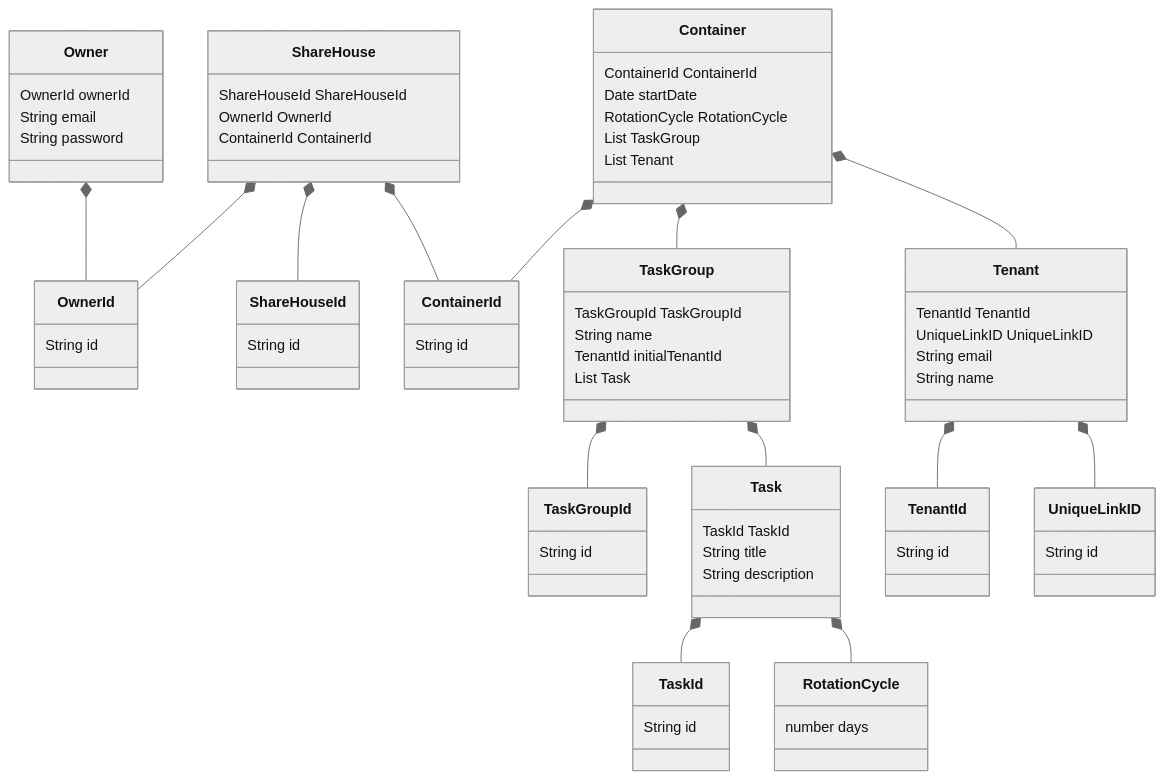
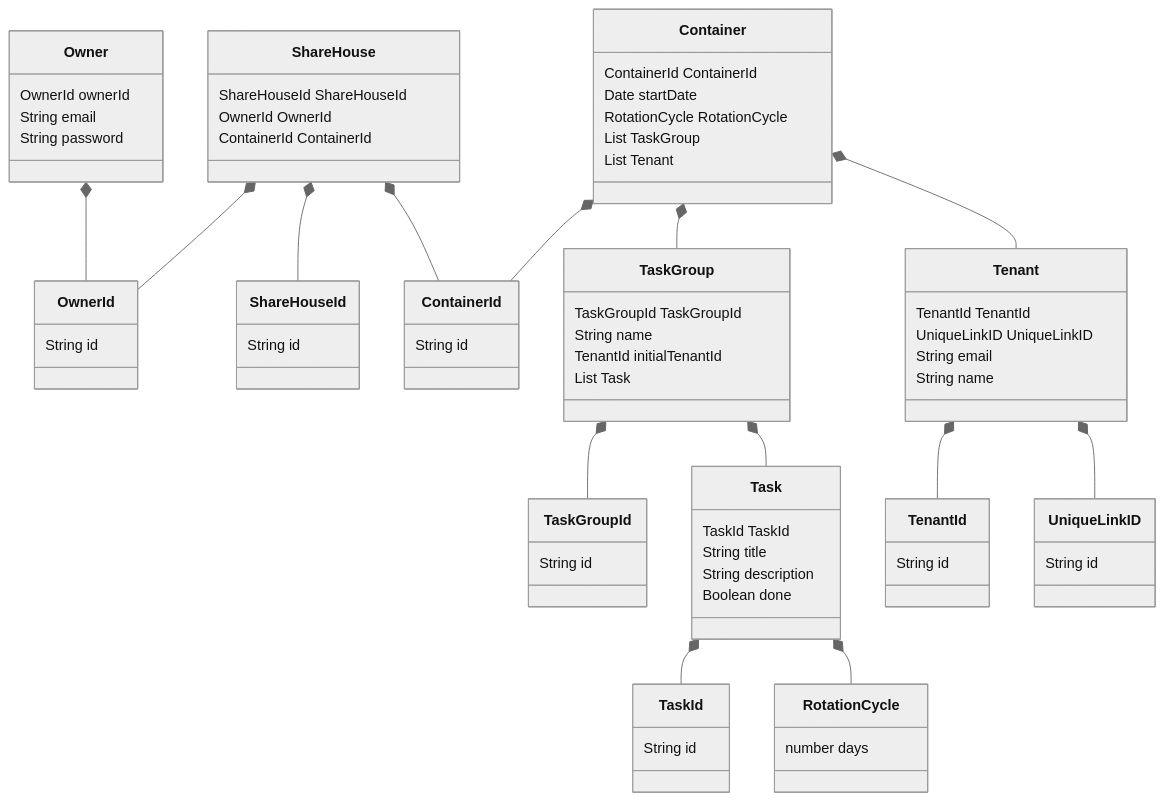
Before and after one commit to Tascurator/tascurator-documents: the diagram in modeling.md, drawn with Mermaid (neutral theme).

Commit message:
docs: add done attribute in Task class

```diff
--- a/modeling.md
+++ b/modeling.md
@@ -51,6 +51,7 @@
         TaskId TaskId
         String title
         String description
+        Boolean done
     }
     
     class TaskId {
```
